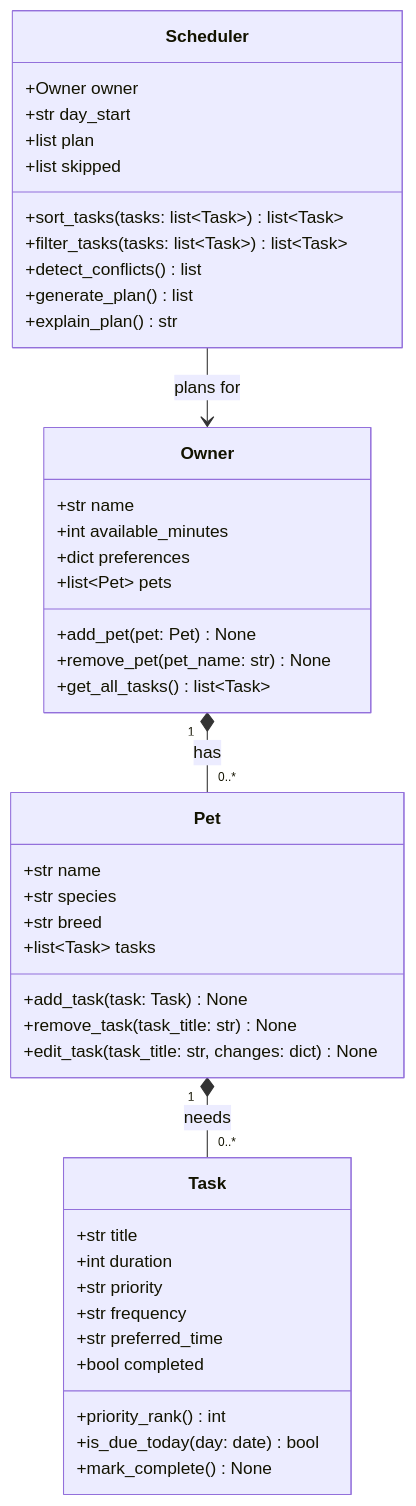
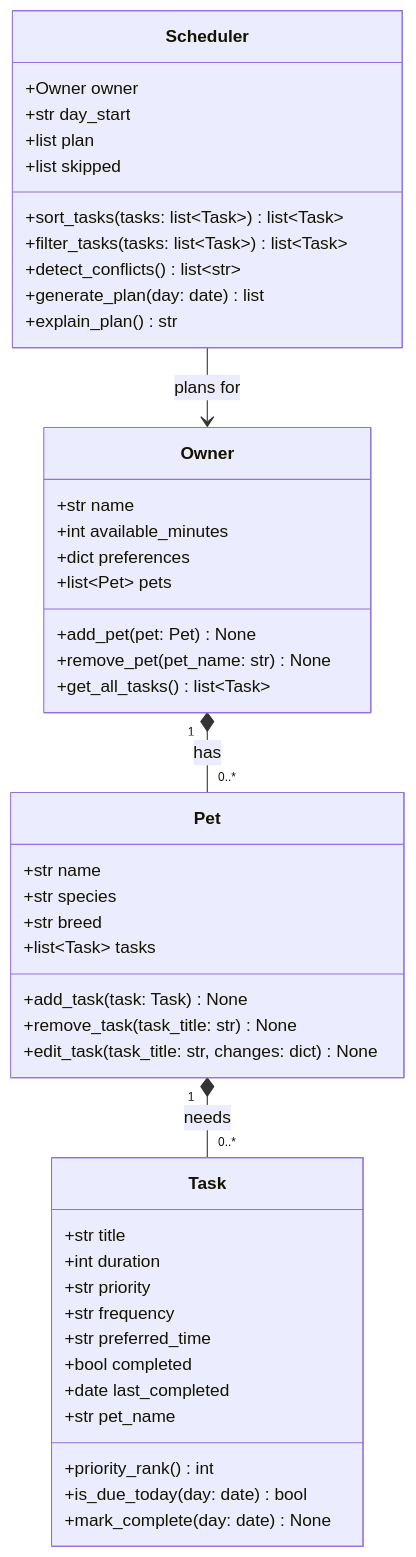
The diagram in diagrams/uml.mmd (AkhilRB0204/ai110-module2show-pawpal-starter), drawn with Mermaid before and after one commit. The commit also changed 5 other files, not shown here.

```diff
--- a/diagrams/uml.mmd
+++ b/diagrams/uml.mmd
@@ -1,51 +1,53 @@
 classDiagram
     %% PawPal+ initial design: Owner, Pet, Task, Scheduler.
     %% Keep this file updated so it matches your final implementation.
 
     class Owner {
         +str name
         +int available_minutes
         +dict preferences
         +list~Pet~ pets
         +add_pet(pet: Pet) None
         +remove_pet(pet_name: str) None
         +get_all_tasks() list~Task~
     }
 
     class Pet {
         +str name
         +str species
         +str breed
         +list~Task~ tasks
         +add_task(task: Task) None
         +remove_task(task_title: str) None
         +edit_task(task_title: str, changes: dict) None
     }
 
     class Task {
         +str title
         +int duration
         +str priority
         +str frequency
         +str preferred_time
         +bool completed
+        +date last_completed
+        +str pet_name
         +priority_rank() int
         +is_due_today(day: date) bool
-        +mark_complete() None
+        +mark_complete(day: date) None
     }
 
     class Scheduler {
         +Owner owner
         +str day_start
         +list plan
         +list skipped
         +sort_tasks(tasks: list~Task~) list~Task~
         +filter_tasks(tasks: list~Task~) list~Task~
-        +detect_conflicts() list
-        +generate_plan() list
+        +detect_conflicts() list~str~
+        +generate_plan(day: date) list
         +explain_plan() str
     }
 
     Owner "1" *-- "0..*" Pet : has
     Pet "1" *-- "0..*" Task : needs
     Scheduler --> Owner : plans for
```
